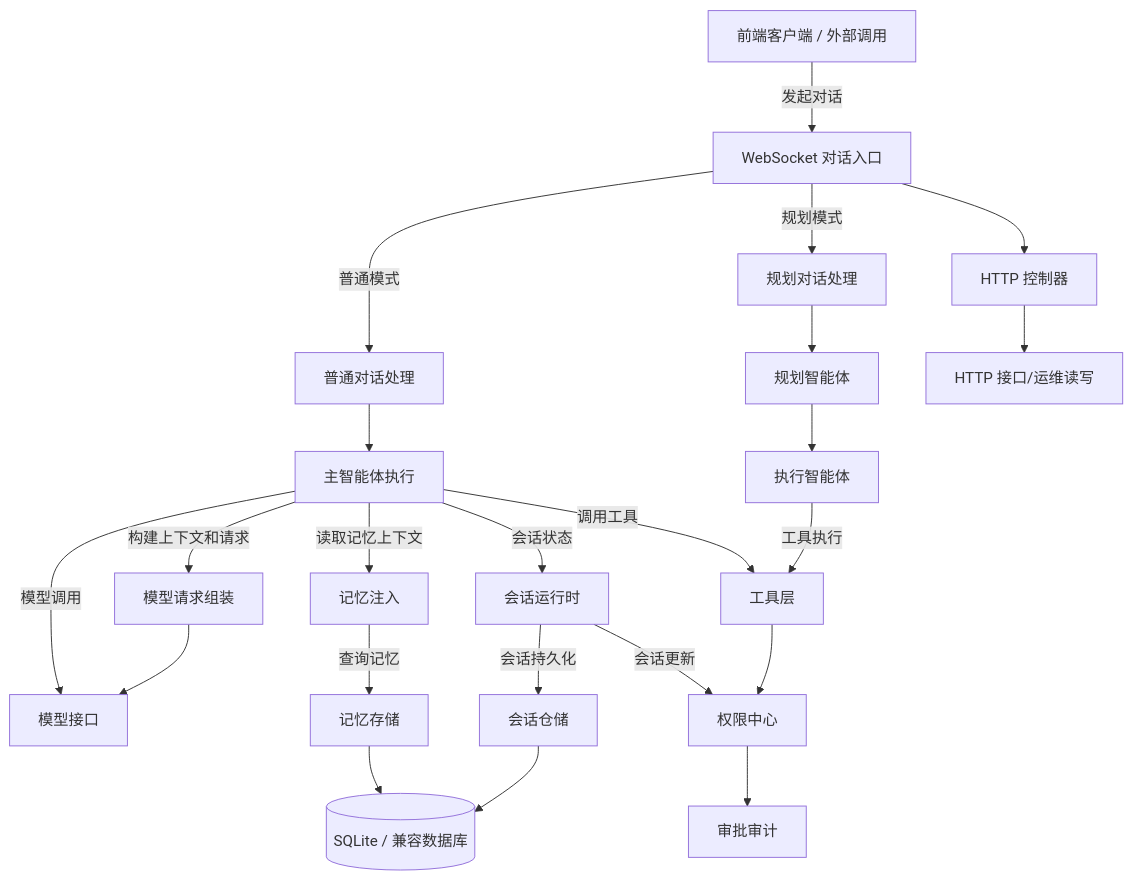
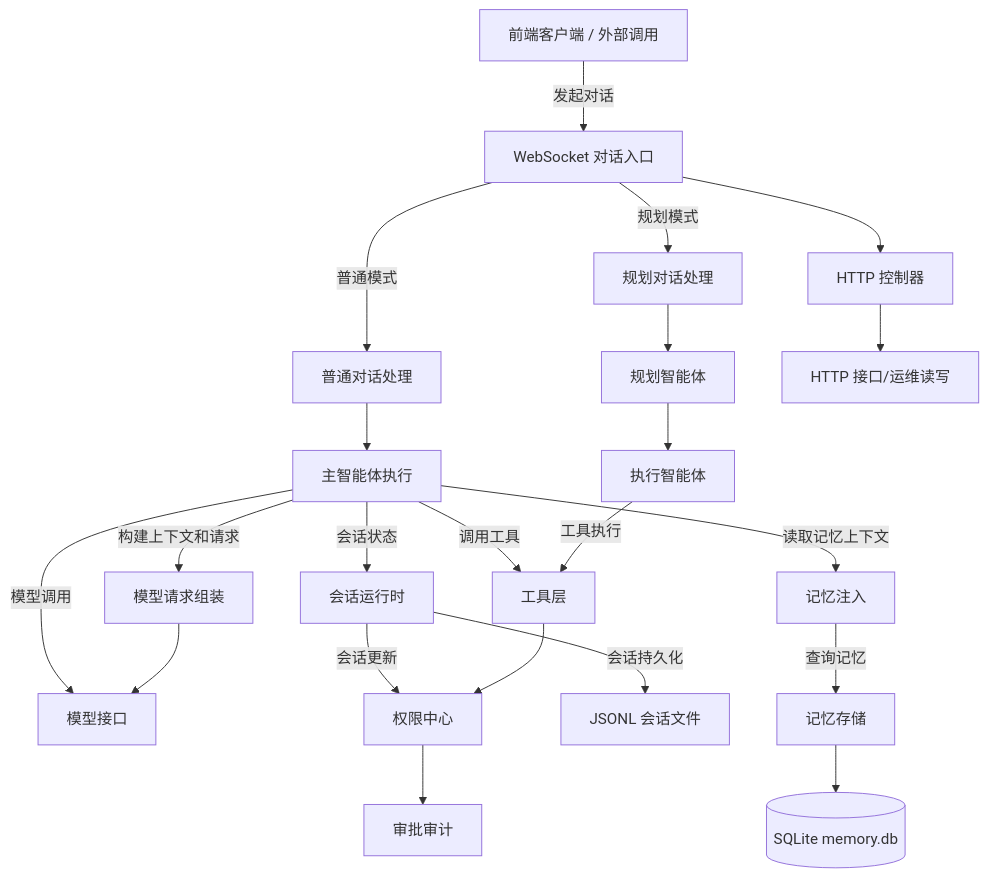
Before and after one commit to lincheqingyu/WebClaw: the diagram in docs/backend/20260618-1-后端代码文件级说明 技术规范.md, drawn with Mermaid. The commit also changed other lines of this file and 49 other files, not shown here.

````diff
--- a/docs/backend/20260618-1-后端代码文件级说明 技术规范.md
+++ b/docs/backend/20260618-1-后端代码文件级说明 技术规范.md
@@ -9,31 +9,30 @@
 ```mermaid
 flowchart TD
   FE[前端客户端 / 外部调用] -->|发起对话| CHAT[WebSocket 对话入口]
   CHAT -->|普通模式| SIMPLE[普通对话处理]
   CHAT -->|规划模式| PLAN[规划对话处理]
 
   SIMPLE --> AGENT[主智能体执行]
   PLAN --> MANAGER[规划智能体]
   MANAGER --> WORKER[执行智能体]
 
   AGENT -->|构建上下文和请求| PAYLOAD[模型请求组装]
   AGENT -->|会话状态| SESSION_RUNTIME[会话运行时]
   AGENT -->|读取记忆上下文| MEM_INJECT[记忆注入]
   AGENT -->|调用工具| TOOLS[工具层]
   AGENT -->|模型调用| MODEL[模型接口]
 
   PAYLOAD --> MODEL
   WORKER -->|工具执行| TOOLS
 
   MEM_INJECT -->|查询记忆| MEM_STORE[记忆存储]
-  SESSION_RUNTIME -->|会话持久化| SESSION_DB[会话仓储]
-  MEM_STORE --> MEM_DB[(SQLite / 兼容数据库)]
-  SESSION_DB --> MEM_DB
+  SESSION_RUNTIME -->|会话持久化| SESSION_DB[JSONL 会话文件]
+  MEM_STORE --> MEM_DB[(SQLite memory.db)]
 
   SESSION_RUNTIME -->|会话更新| PERM[权限中心]
   TOOLS --> PERM
   PERM --> AUDIT[审批审计]
 
   CHAT --> CONTROLLERS[HTTP 控制器]
   CONTROLLERS --> API[HTTP 接口/运维读写]
 ```
````
